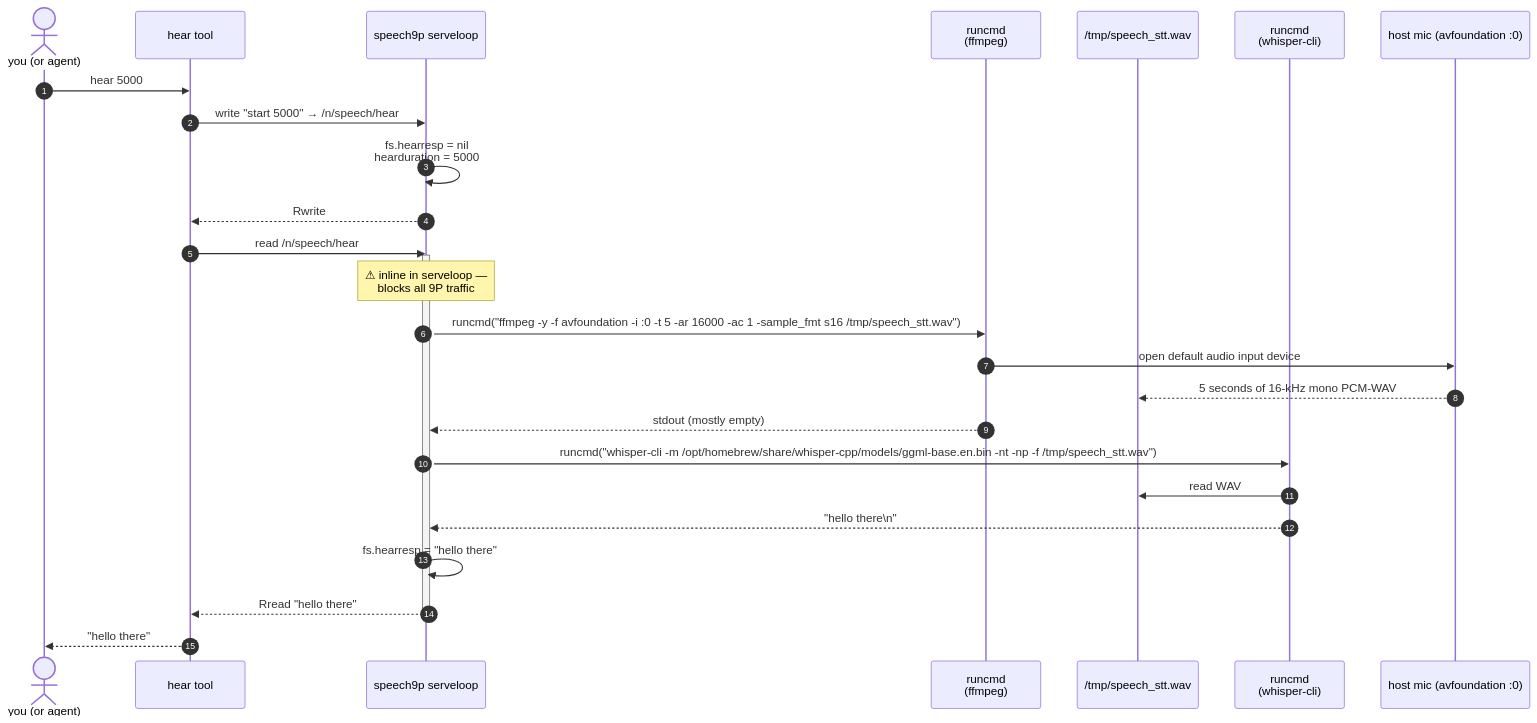
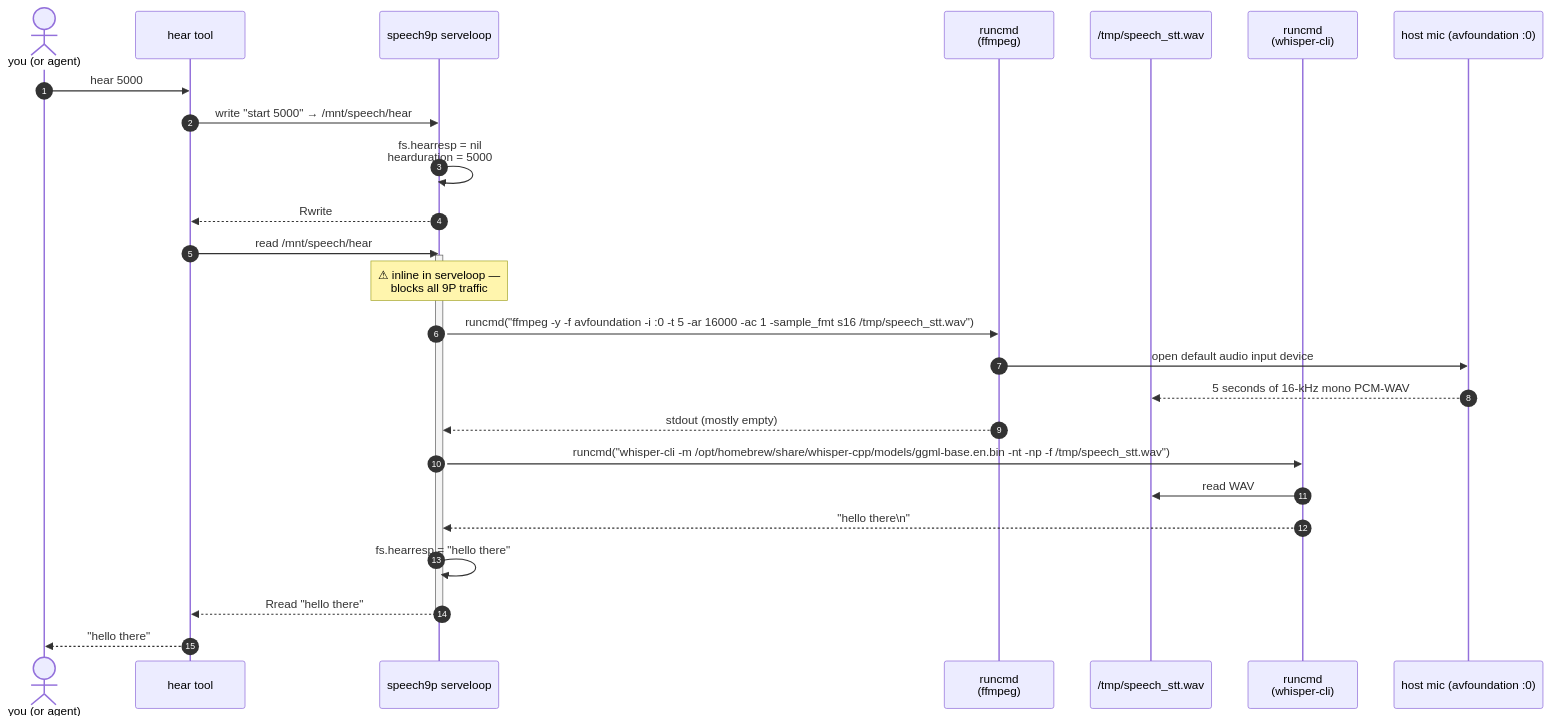
One commit to Ticed/infernode-os changed diagram 16 of 16 in docs/SPEECH-ARCHITECTURE.md. Above: the diagram before and after it, drawn with Mermaid. The commit also changed other lines of this file and 66 other files, not shown here.

````diff
--- a/docs/SPEECH-ARCHITECTURE.md
+++ b/docs/SPEECH-ARCHITECTURE.md
@@ -942,30 +942,30 @@
 ```mermaid
 sequenceDiagram
     autonumber
     actor user as you (or agent)
     participant tool as hear tool
     participant FS as speech9p serveloop
     participant rec as runcmd<br/>(ffmpeg)
     participant fs1 as /tmp/speech_stt.wav
     participant trans as runcmd<br/>(whisper-cli)
     participant mic as host mic (avfoundation :0)
 
     user->>tool: hear 5000
-    tool->>FS: write "start 5000" → /n/speech/hear
+    tool->>FS: write "start 5000" → /mnt/speech/hear
     FS->>FS: fs.hearresp = nil<br/>hearduration = 5000
     FS-->>tool: Rwrite
-    tool->>FS: read /n/speech/hear
+    tool->>FS: read /mnt/speech/hear
     activate FS
     Note over FS: ⚠ inline in serveloop —<br/>blocks all 9P traffic
     FS->>rec: runcmd("ffmpeg -y -f avfoundation -i :0 -t 5 -ar 16000 -ac 1 -sample_fmt s16 /tmp/speech_stt.wav")
     rec->>mic: open default audio input device
     mic-->>fs1: 5 seconds of 16-kHz mono PCM-WAV
     rec-->>FS: stdout (mostly empty)
     FS->>trans: runcmd("whisper-cli -m /opt/homebrew/share/whisper-cpp/models/ggml-base.en.bin -nt -np -f /tmp/speech_stt.wav")
     trans->>fs1: read WAV
     trans-->>FS: "hello there\n"
     FS->>FS: fs.hearresp = "hello there"
     FS-->>tool: Rread "hello there"
     deactivate FS
     tool-->>user: "hello there"
 ```
````
